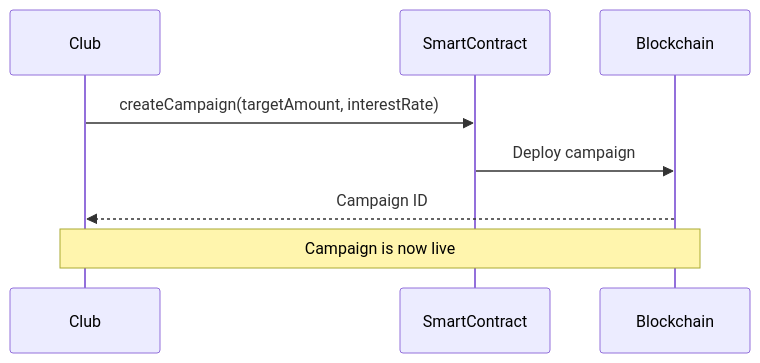
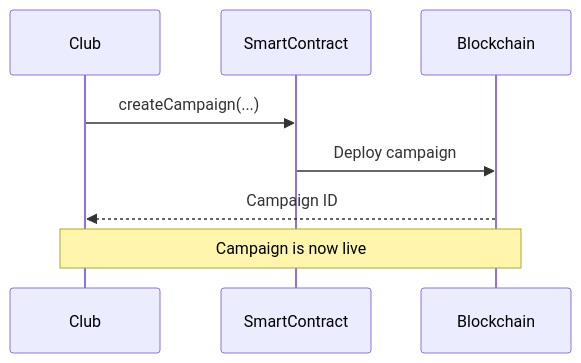
Before and after one commit to Mariussgal/12th_man_app: the second of 3 diagrams in README.md, drawn with Mermaid.

````diff
--- a/README.md
+++ b/README.md
@@ -70,12 +70,12 @@
 ```mermaid
 sequenceDiagram
     participant Club
     participant SmartContract
     participant Blockchain
     
-    Club->>SmartContract: createCampaign(targetAmount, interestRate)
+    Club->>SmartContract: createCampaign(...)
     SmartContract->>Blockchain: Deploy campaign
     Blockchain-->>Club: Campaign ID
     
     Note over Club,Blockchain: Campaign is now live
 ```
````
